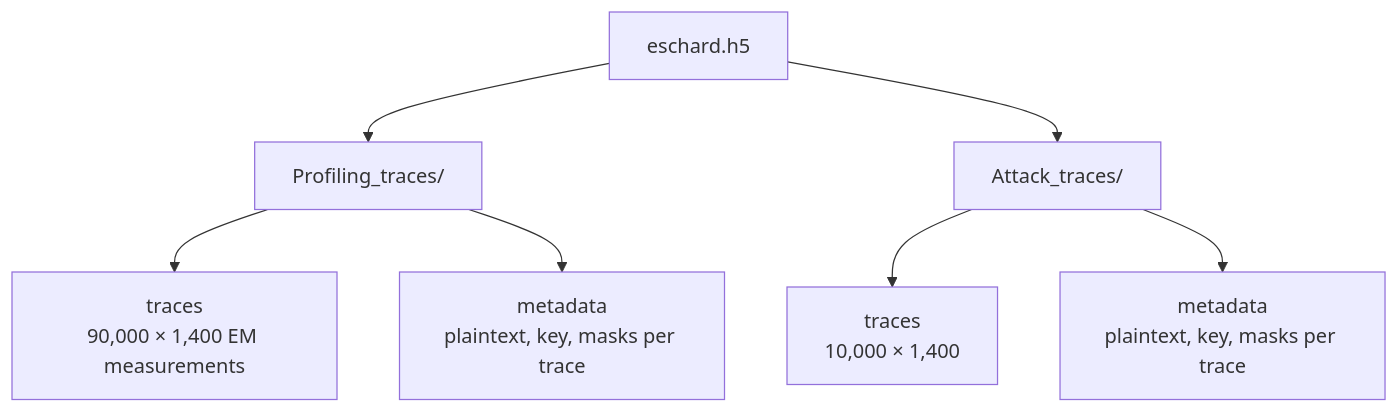
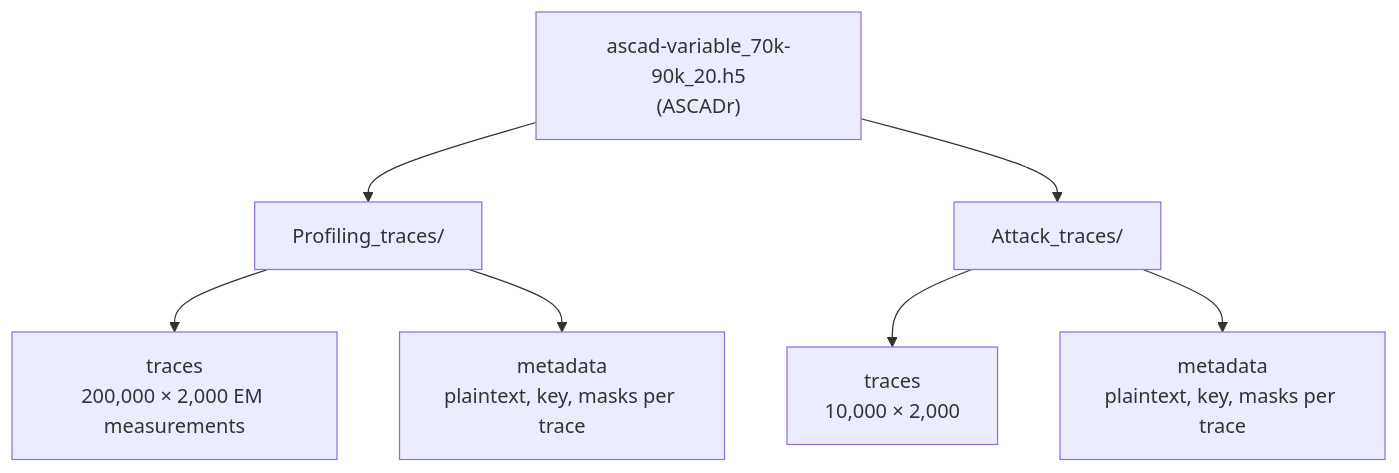
The first of 2 diagrams in docs/04_the_datasets.md (teravon/feature_emergence), drawn with Mermaid before and after one commit. The commit also changed other lines of this file and 3 other files, not shown here.

````diff
--- a/docs/04_the_datasets.md
+++ b/docs/04_the_datasets.md
@@ -64,9 +64,9 @@
 ```mermaid
 flowchart TD
-    F["eschard.h5"] --> P["Profiling_traces/"]
+    F["ascad-variable_70k-90k_20.h5<br/>(ASCADr)"] --> P["Profiling_traces/"]
     F --> A["Attack_traces/"]
-    P --> PT["traces<br/>90,000 × 1,400 EM measurements"]
+    P --> PT["traces<br/>200,000 × 2,000 EM measurements"]
     P --> PM["metadata<br/>plaintext, key, masks per trace"]
-    A --> AT["traces<br/>10,000 × 1,400"]
+    A --> AT["traces<br/>10,000 × 2,000"]
     A --> AM["metadata<br/>plaintext, key, masks per trace"]
 ```
````
